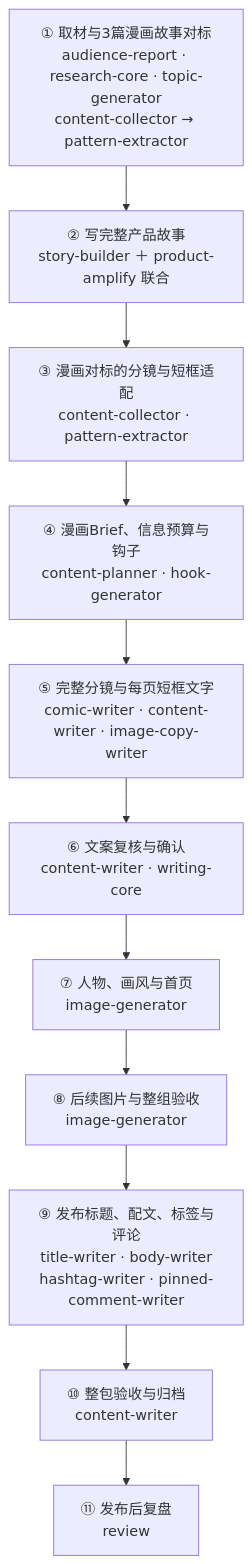
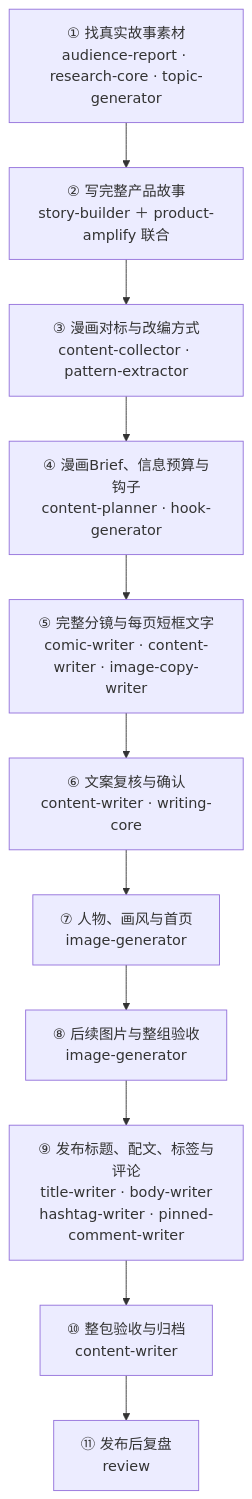
One commit to EloiseCai/second-brain changed the diagram in skills/comic-writer/references/workflow.md. Above: the diagram before and after it, drawn with Mermaid. The commit also changed other lines of this file and 6 other files, not shown here.

Commit message:
Restore original topic-generator research responsibilities

````diff
--- a/skills/comic-writer/references/workflow.md
+++ b/skills/comic-writer/references/workflow.md
@@ -7,15 +7,15 @@
 ```mermaid
 flowchart TD
- A["① 取材与3篇漫画故事对标<br/>audience-report · research-core · topic-generator<br/>content-collector → pattern-extractor"]
+ A["① 找真实故事素材<br/>audience-report · research-core · topic-generator"]
  B["② 写完整产品故事<br/>story-builder ＋ product-amplify 联合"]
- C["③ 漫画对标的分镜与短框适配<br/>content-collector · pattern-extractor"]
+ C["③ 漫画对标与改编方式<br/>content-collector · pattern-extractor"]
  D["④ 漫画Brief、信息预算与钩子<br/>content-planner · hook-generator"]
  E["⑤ 完整分镜与每页短框文字<br/>comic-writer · content-writer · image-copy-writer"]
  F["⑥ 文案复核与确认<br/>content-writer · writing-core"]
  G["⑦ 人物、画风与首页<br/>image-generator"]
  H["⑧ 后续图片与整组验收<br/>image-generator"]
  I["⑨ 发布标题、配文、标签与评论<br/>title-writer · body-writer<br/>hashtag-writer · pinned-comment-writer"]
  J["⑩ 整包验收与归档<br/>content-writer"]
  K["⑪ 发布后复盘<br/>review"]
  A --> B --> C --> D --> E --> F --> G --> H --> I --> J --> K
 ```
````
